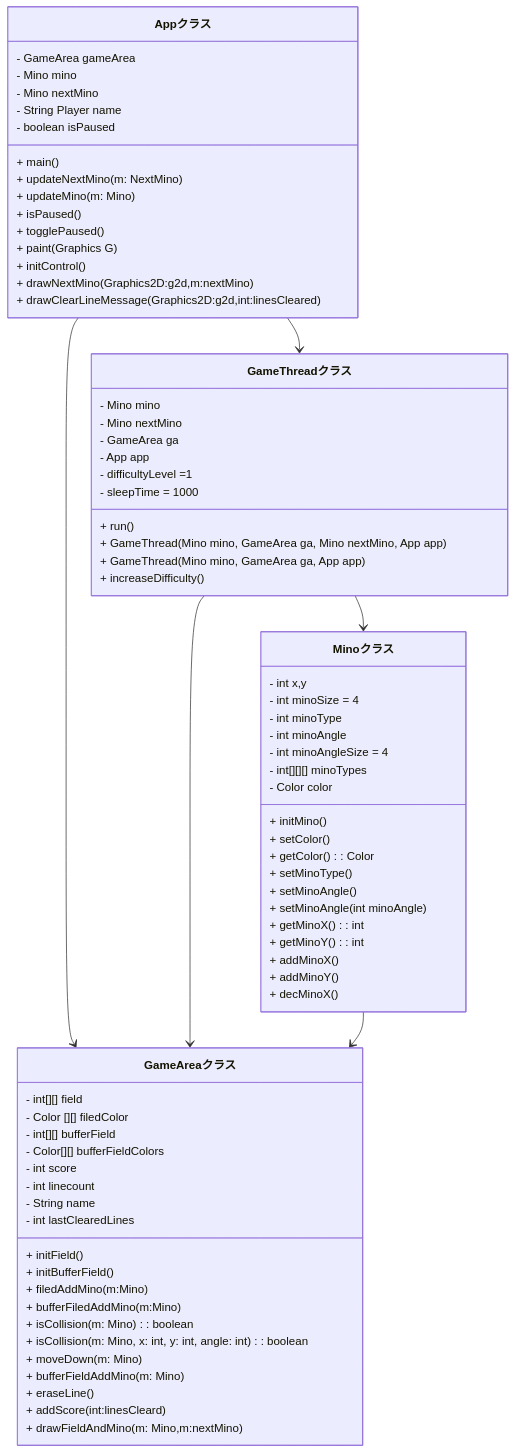
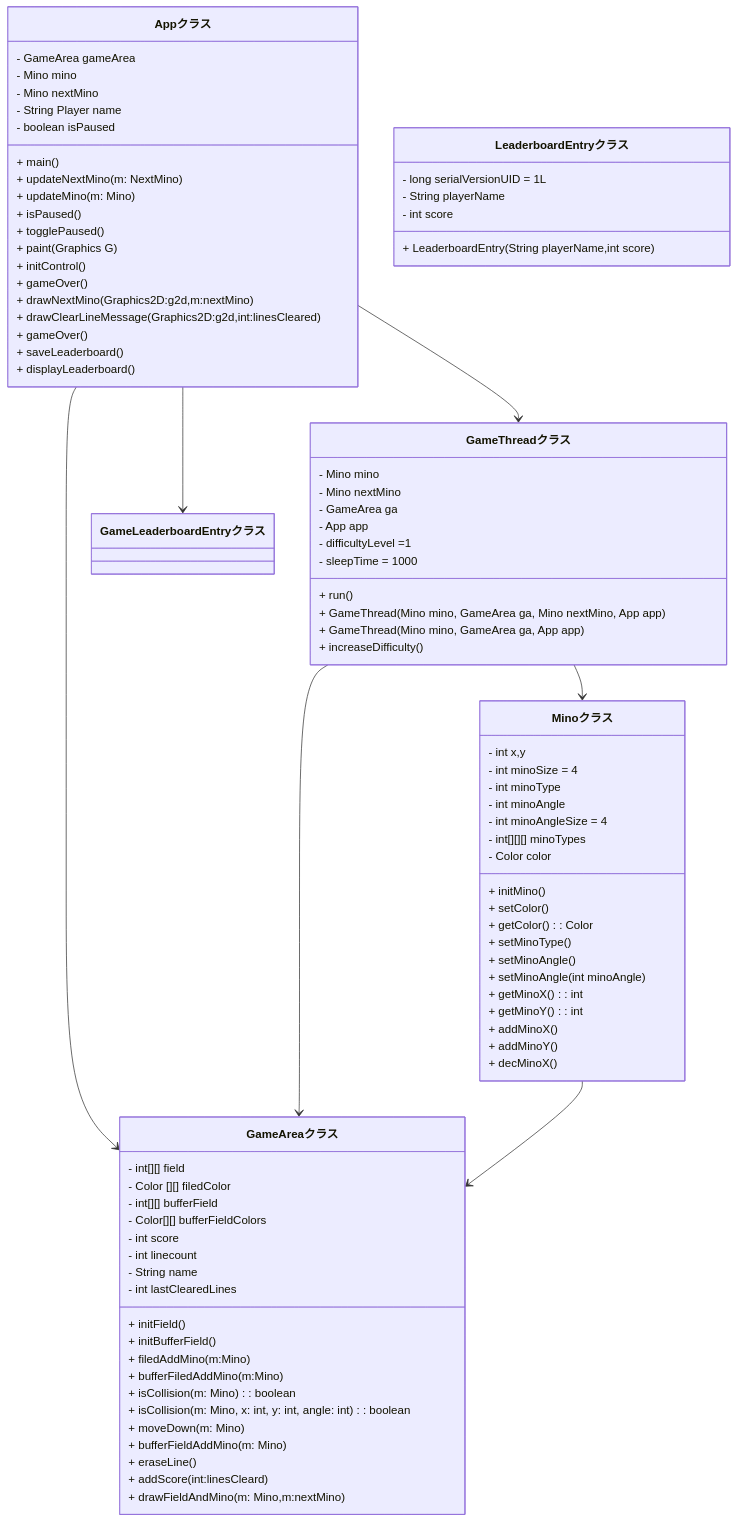
One commit to keigo66/teamB_TETRIS changed the diagram in classDia.md. Above: the diagram before and after it, drawn with Mermaid.

```diff
--- a/classDia.md
+++ b/classDia.md
@@ -13,8 +13,12 @@
         + togglePaused()
         + paint(Graphics G)
         + initControl()
+        + gameOver()
         + drawNextMino(Graphics2D:g2d,m:nextMino)
         + drawClearLineMessage(Graphics2D:g2d,int:linesCleared)
+        + gameOver()
+        + saveLeaderboard()
+        + displayLeaderboard()
     }
 
     class GameAreaクラス {
@@ -74,6 +78,14 @@
         + decMinoX()
     }
 
+    class LeaderboardEntryクラス {
+        - long serialVersionUID = 1L 
+        - String playerName
+        - int score
+        + LeaderboardEntry(String playerName,int score)
+
+    }
+     Appクラス  --> GameLeaderboardEntryクラス
     Appクラス  --> GameThreadクラス
     Appクラス  --> GameAreaクラス
     GameThreadクラス --> GameAreaクラス
```
